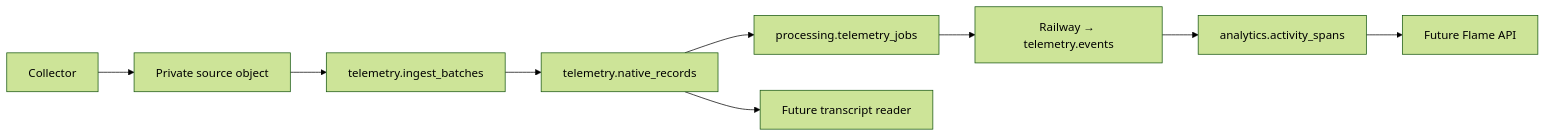
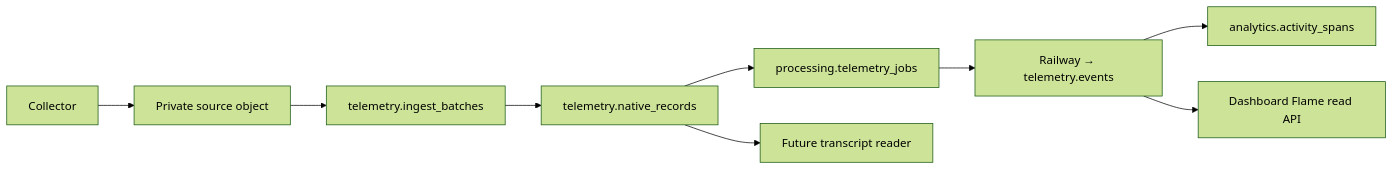
One commit to e3-solutions/sherlock changed the first of 2 diagrams in docs/data-schema.md. Above: the diagram before and after it, drawn with Mermaid (forest theme). The commit also changed other lines of this file and 5 other files, not shown here.

````diff
--- a/docs/data-schema.md
+++ b/docs/data-schema.md
@@ -59,11 +59,11 @@
 ```mermaid
 flowchart LR
     C["Collector"] --> O["Private source object"]
     O --> B["telemetry.ingest_batches"]
     B --> N["telemetry.native_records"]
     N --> Q["processing.telemetry_jobs"]
     Q --> E["Railway → telemetry.events"]
     E --> A["analytics.activity_spans"]
-    A --> F["Future Flame API"]
+    E --> F["Dashboard Flame read API"]
     N --> T["Future transcript reader"]
 ```
````
